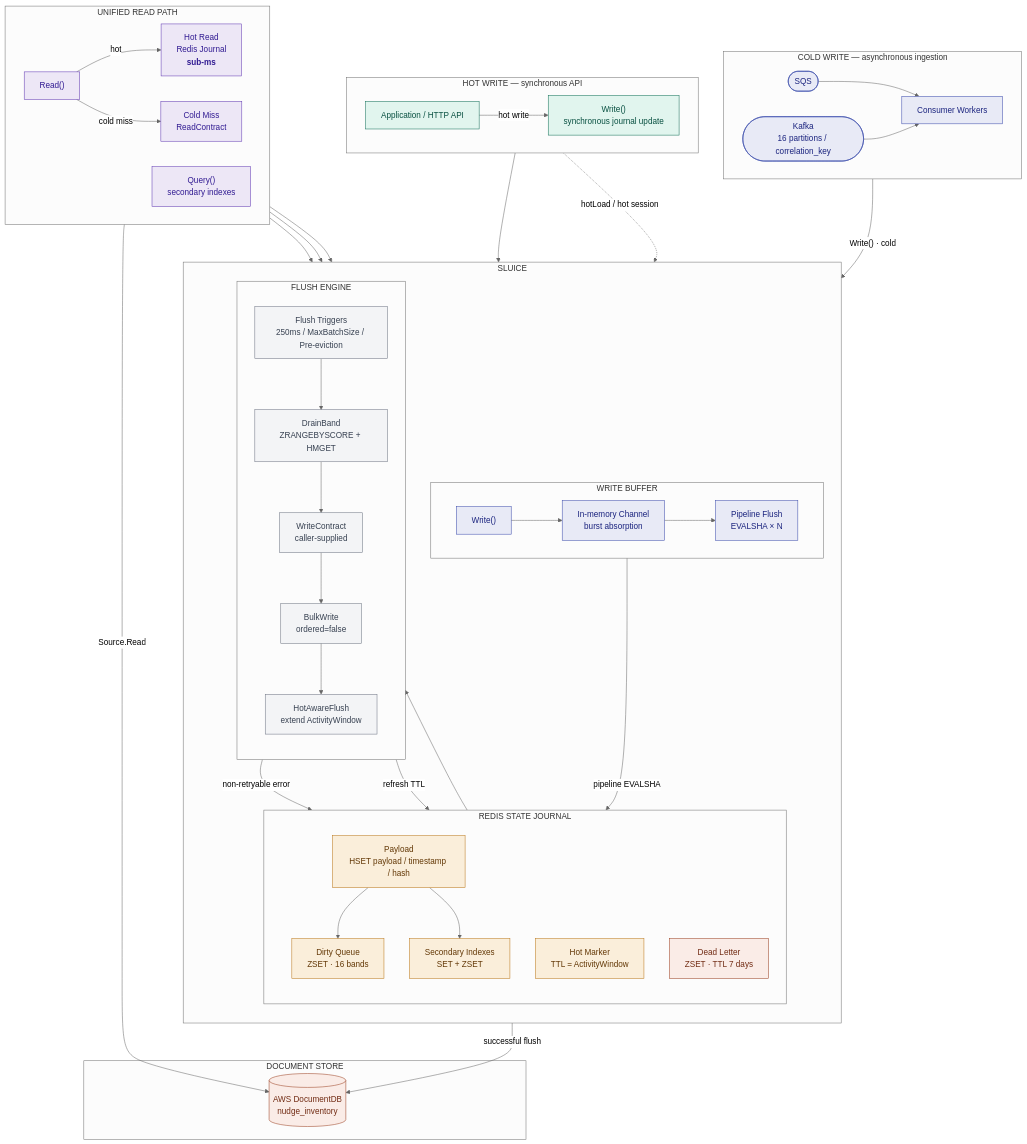
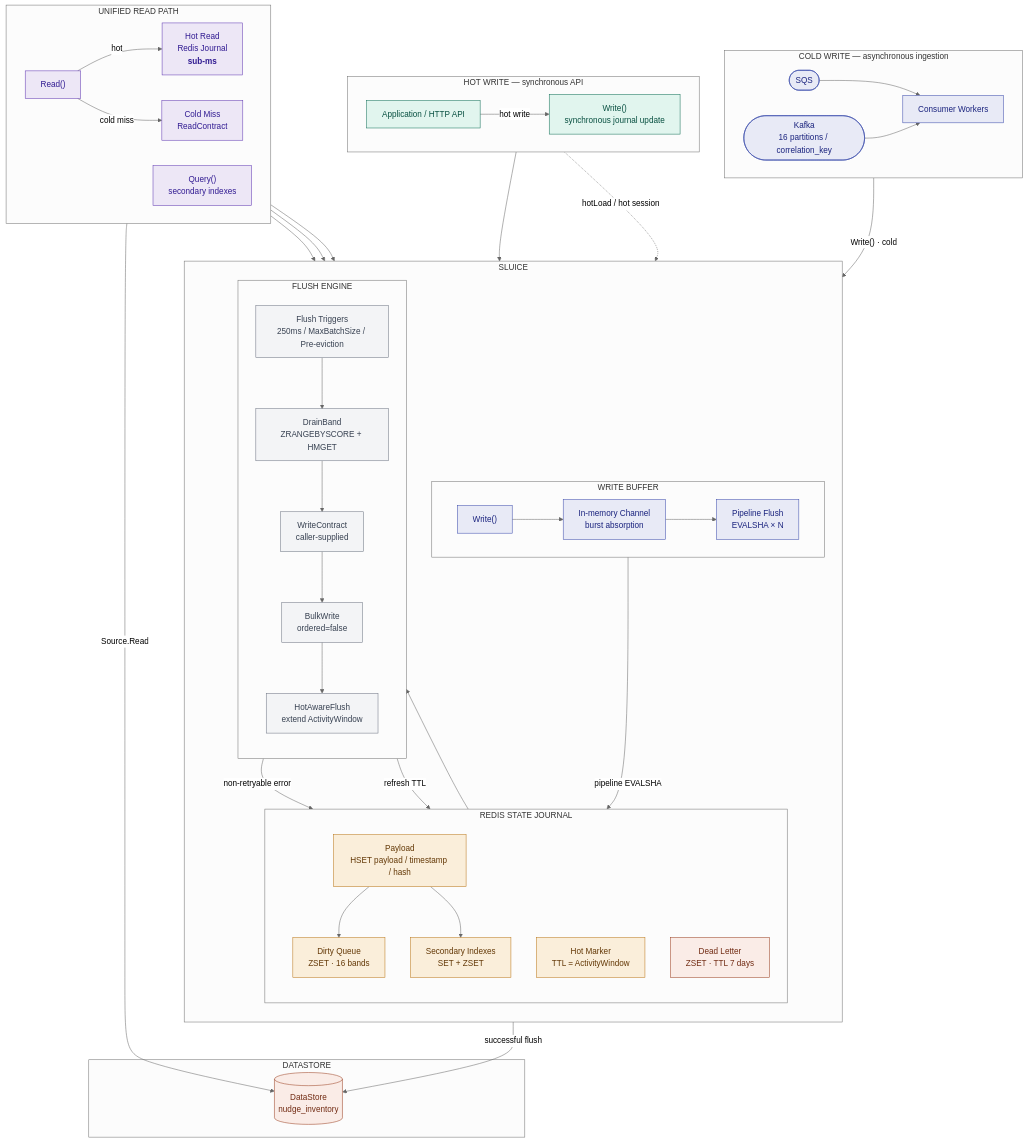
One commit to hussainpithawala/sluice-go changed diagram 13 of 15 in README.md. Above: the diagram before and after it, drawn with Mermaid (neutral theme). The commit also changed other lines of this file and 1 other file, not shown here.

```diff
--- a/README.md
+++ b/README.md
@@ -705,11 +710,11 @@
 
 
 %% ============================================================
-%% DOCUMENT STORE
+%% DATASTORE
 %% ============================================================
 
-  subgraph Store["DOCUMENT STORE"]
-    DB[("AWS DocumentDB<br/>nudge_inventory")]
+  subgraph Store["DATASTORE"]
+    DB[("DataStore<br/>nudge_inventory")]
   end
 
 
```
